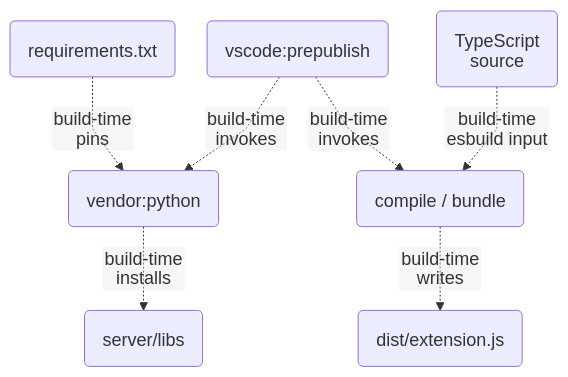
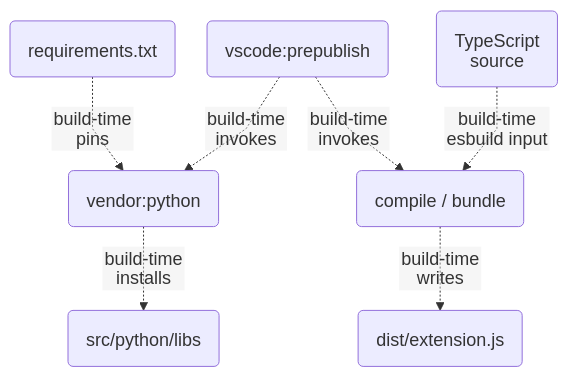
Diagram 17 of 20 in docs/feature-map.md (AashishTangnami/python-memory-guardian), drawn with Mermaid before and after one commit. The commit also changed other lines of this file and 190 other files, not shown here.

Commit message:
refactor: move to src/ layout (typescript, python, rust) and tests/ folder

````diff
--- a/docs/feature-map.md
+++ b/docs/feature-map.md
@@ -618,10 +671,10 @@
 ```mermaid
 %%{init: {"fontFamily":"Arial, sans-serif","themeVariables":{"fontSize":"18px","fontFamily":"Arial, sans-serif"},"flowchart":{"curve":"linear","nodeSpacing":32,"rankSpacing":40,"diagramPadding":8,"padding":18,"subGraphTitleMargin":{"top":10,"bottom":24},"htmlLabels":false},"layout":"dagre","htmlLabels":false,"themeCSS":".node rect, .cluster rect { rx: 10px; ry: 10px; } .label, .nodeLabel, .edgeLabel, .cluster-label { letter-spacing: normal; word-spacing: normal; } .edgeLabel rect { stroke: currentColor !important; stroke-width: 1px !important; stroke-dasharray: none; opacity: 1 !important; fill-opacity: 1; rx: 4px; ry: 4px; }"}}%%
 flowchart TD
     Pins("requirements.txt") -. build-time<br/>pins .-> Vendor("vendor:python")
     Prepub("vscode:prepublish") -. build-time<br/>invokes .-> Vendor
     Prepub -. build-time<br/>invokes .-> Compile("compile / bundle")
     Sources("TypeScript<br/>source") -. build-time<br/>esbuild input .-> Compile
-    Vendor -. build-time<br/>installs .-> Libs("server/libs")
+    Vendor -. build-time<br/>installs .-> Libs("src/python/libs")
     Compile -. build-time<br/>writes .-> Bundle("dist/extension.js")
 ```
````
